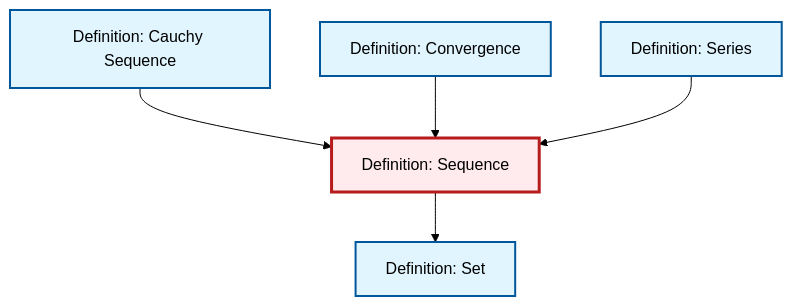
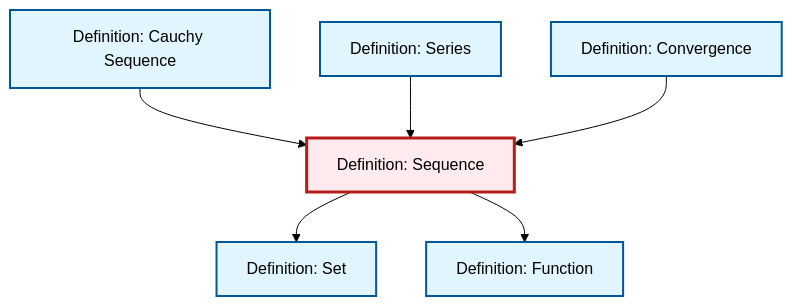
One commit to RK0429/ModernMath changed the diagram in content/ja/analysis/def-sequence.qmd. Above: the diagram before and after it, drawn with Mermaid (forest theme). The commit also changed 554 other files, not shown here.

````diff
--- a/content/ja/analysis/def-sequence.qmd
+++ b/content/ja/analysis/def-sequence.qmd
@@ -77,23 +77,26 @@
 ```{mermaid}
 %%| fig-cap: "Local dependency graph"
 graph TD
     classDef definition fill:#e1f5fe,stroke:#01579b,stroke-width:2px
     classDef theorem fill:#f3e5f5,stroke:#4a148c,stroke-width:2px
     classDef axiom fill:#fff3e0,stroke:#e65100,stroke-width:2px
     classDef example fill:#e8f5e9,stroke:#1b5e20,stroke-width:2px
     classDef current fill:#ffebee,stroke:#b71c1c,stroke-width:3px
+    def-cauchy-sequence["Definition: Cauchy Sequence"]:::definition
+    def-sequence["Definition: Sequence"]:::definition
     def-set["Definition: Set"]:::definition
-    def-sequence["Definition: Sequence"]:::definition
     def-series["Definition: Series"]:::definition
+    def-function["Definition: Function"]:::definition
     def-convergence["Definition: Convergence"]:::definition
-    def-cauchy-sequence["Definition: Cauchy Sequence"]:::definition
     def-cauchy-sequence --> def-sequence
+    def-series --> def-sequence
     def-sequence --> def-set
+    def-sequence --> def-function
     def-convergence --> def-sequence
-    def-series --> def-sequence
     class def-sequence current
+    click def-cauchy-sequence "def-cauchy-sequence.html" "Definition: Cauchy Sequenceへ"
     click def-set "def-set.html" "Definition: Setへ"
     click def-series "def-series.html" "Definition: Seriesへ"
+    click def-function "def-function.html" "Definition: Functionへ"
     click def-convergence "def-convergence.html" "Definition: Convergenceへ"
-    click def-cauchy-sequence "def-cauchy-sequence.html" "Definition: Cauchy Sequenceへ"
 ```
````
